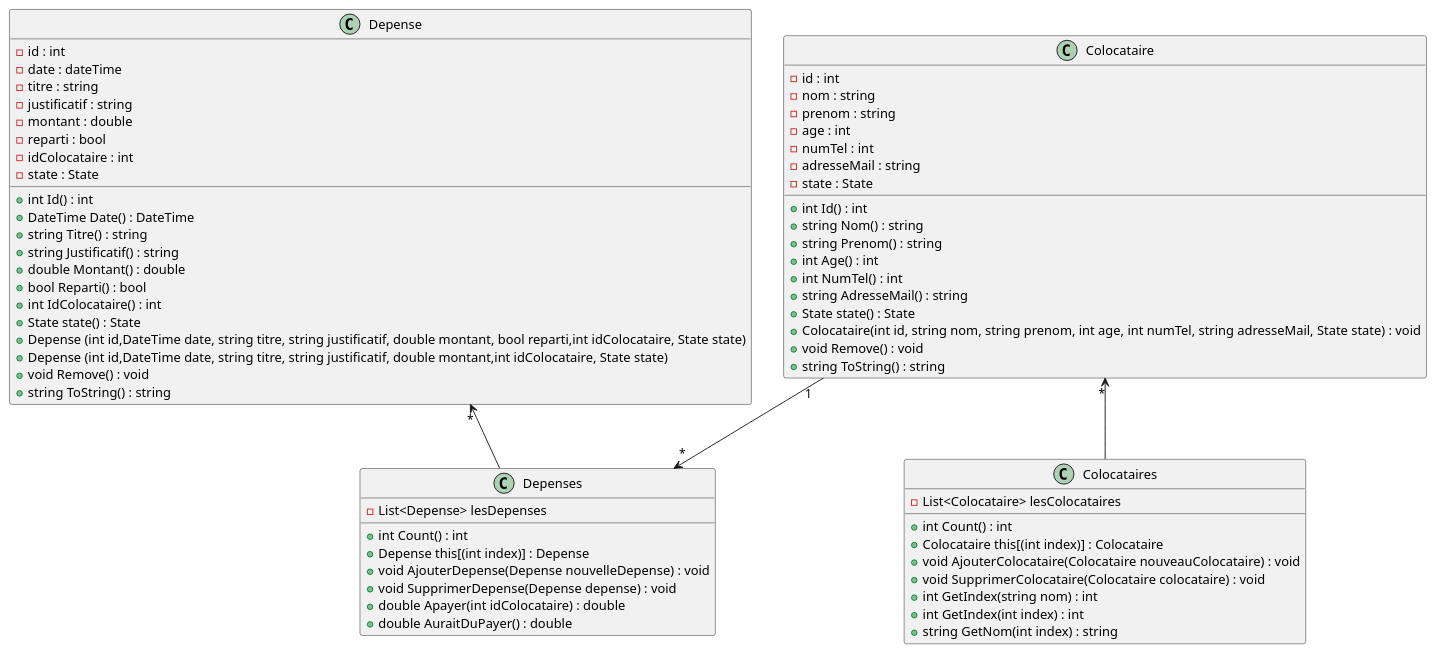
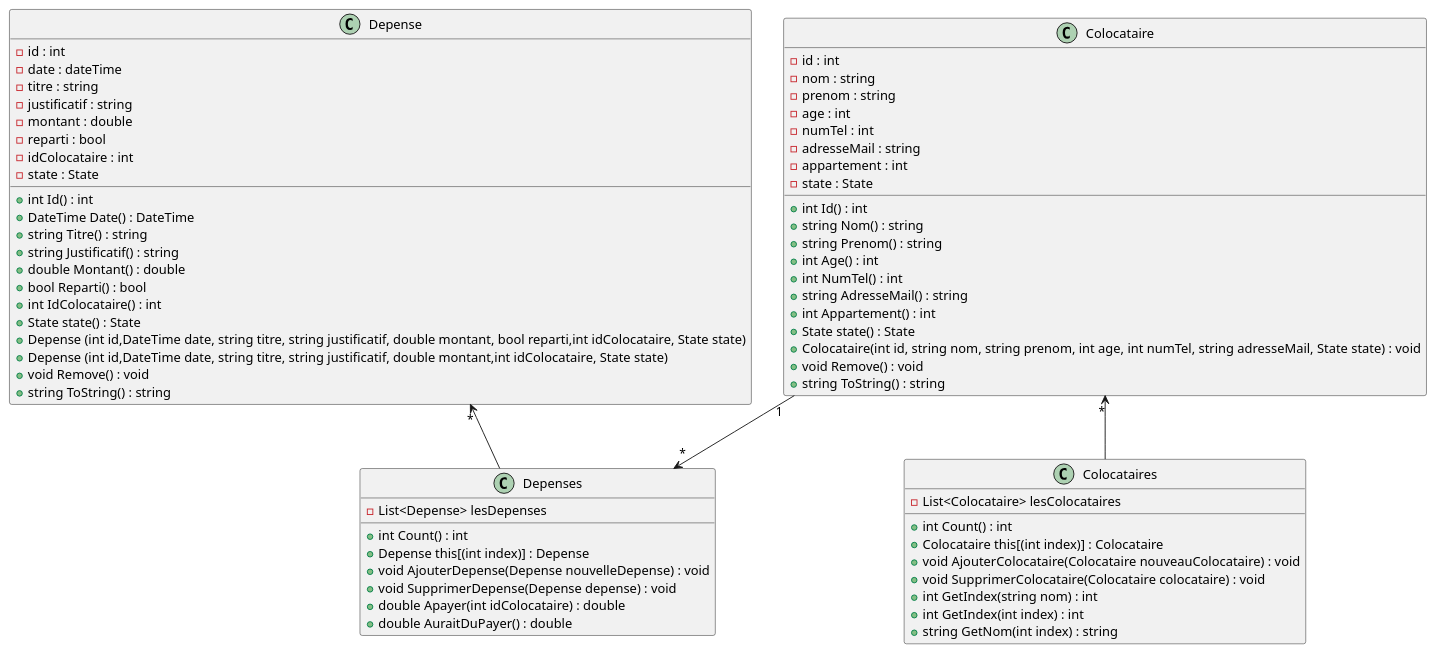
Before and after one commit to MihutaMihail/application_crous: the sixth of 6 diagrams in README.md, drawn with PlantUML. The commit also changed other lines of this file and 8 other files, not shown here.

````diff
--- a/README.md
+++ b/README.md
@@ -254,73 +258,75 @@
 ```plantuml
 @startuml model1
 scale 1
 
 class Depense {
     - id : int
     - date : dateTime
     - titre : string
     - justificatif : string
     - montant : double
     - reparti : bool
     - idColocataire : int
     - state : State
     + int Id() : int
     + DateTime Date() : DateTime
     + string Titre() : string
     + string Justificatif() : string
     + double Montant() : double
     + bool Reparti() : bool
     + int IdColocataire() : int
     + State state() : State
     + Depense (int id,DateTime date, string titre, string justificatif, double montant, bool reparti,int idColocataire, State state)
     + Depense (int id,DateTime date, string titre, string justificatif, double montant,int idColocataire, State state)
     + void Remove() : void
     + string ToString() : string
 
 }
 class Depenses {
     - List<Depense> lesDepenses
     + int Count() : int
     + Depense this[(int index)] : Depense
     + void AjouterDepense(Depense nouvelleDepense) : void
     + void SupprimerDepense(Depense depense) : void
     + double Apayer(int idColocataire) : double
     + double AuraitDuPayer() : double
 }
 
 class Colocataire {
     - id : int
     - nom : string
     - prenom : string
     - age : int
     - numTel : int
     - adresseMail : string
+    - appartement : int
     - state : State
     + int Id() : int
     + string Nom() : string
     + string Prenom() : string
     + int Age() : int
     + int NumTel() : int
     + string AdresseMail() : string
+    + int Appartement() : int
     + State state() : State
     + Colocataire(int id, string nom, string prenom, int age, int numTel, string adresseMail, State state) : void
     + void Remove() : void
     + string ToString() : string
 }
 class Colocataires {
     - List<Colocataire> lesColocataires
     + int Count() : int
     + Colocataire this[(int index)] : Colocataire
     + void AjouterColocataire(Colocataire nouveauColocataire) : void
     + void SupprimerColocataire(Colocataire colocataire) : void
     + int GetIndex(string nom) : int
     + int GetIndex(int index) : int
     + string GetNom(int index) : string
 }
 
 Colocataire "1" --> "*" Depenses
 Colocataire "*" <-- Colocataires
 Depense "*" <-- Depenses
 
 @enduml
 ```
````
